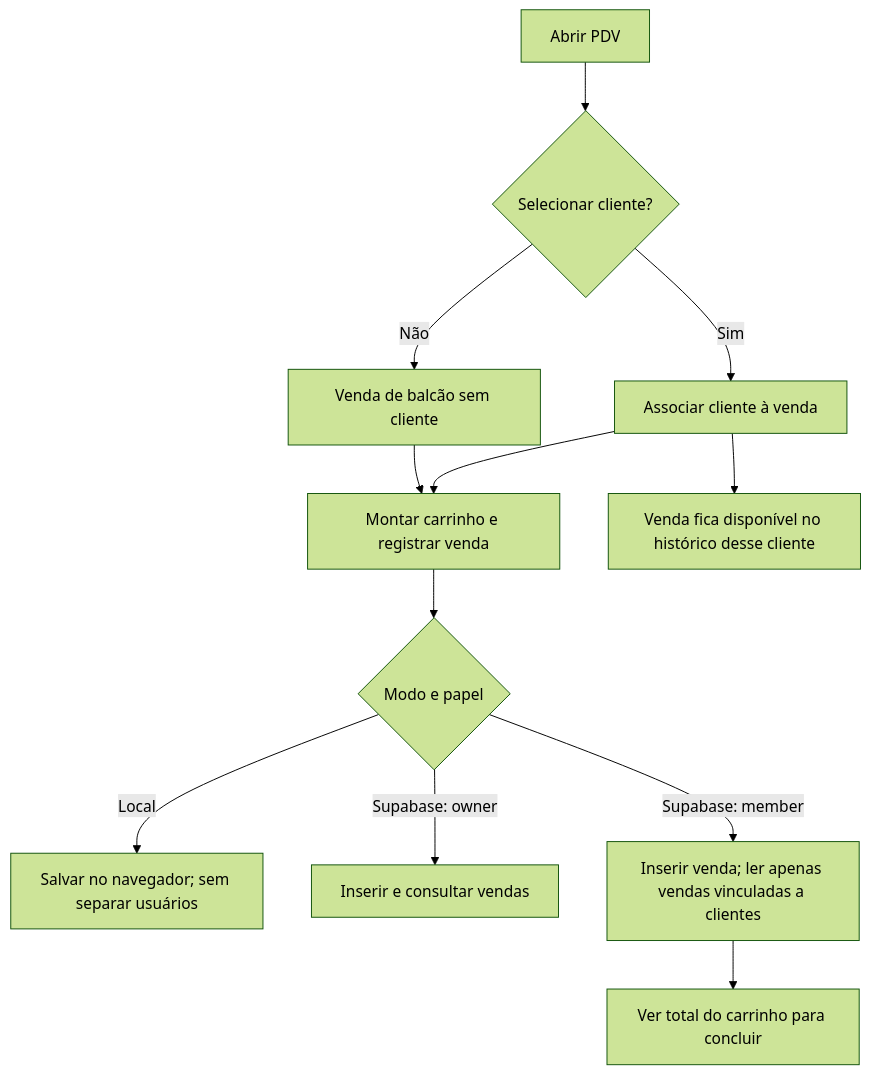
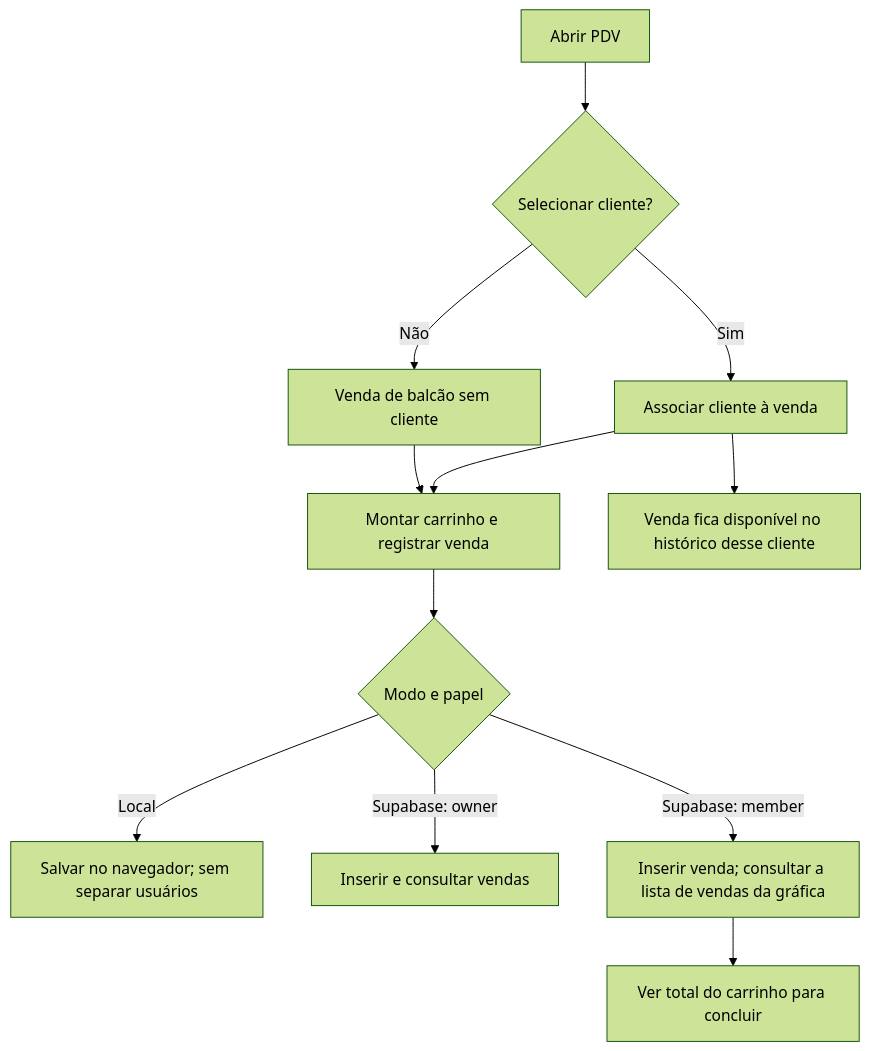
The second of 6 diagrams in FLUXOGRAMA.md (rockbca-dotcom/grafica-livre), drawn with Mermaid (forest theme) before and after one commit. The commit also changed other lines of this file and 11 other files, not shown here.

````diff
--- a/FLUXOGRAMA.md
+++ b/FLUXOGRAMA.md
@@ -31,14 +31,14 @@
 ```mermaid
 flowchart TD
     PDV[Abrir PDV] --> CLIENTE{Selecionar cliente?}
     CLIENTE -->|Sim| ASSOCIAR[Associar cliente à venda]
     CLIENTE -->|Não| SEM[Venda de balcão sem cliente]
     ASSOCIAR --> ADD[Montar carrinho e registrar venda]
     SEM --> ADD
     ADD --> ROLE{Modo e papel}
     ROLE -->|Local| LOCAL[Salvar no navegador; sem separar usuários]
     ROLE -->|Supabase: owner| OWNER[Inserir e consultar vendas]
-    ROLE -->|Supabase: member| MEMBER[Inserir venda; ler apenas vendas vinculadas a clientes]
+    ROLE -->|Supabase: member| MEMBER[Inserir venda; consultar a lista de vendas da gráfica]
     MEMBER --> TOTAL[Ver total do carrinho para concluir]
     ASSOCIAR --> HIST[Venda fica disponível no histórico desse cliente]
 ```
````
